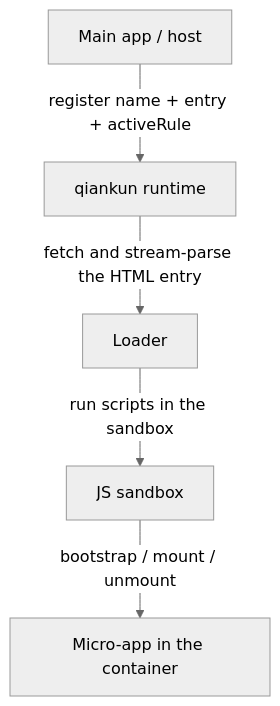
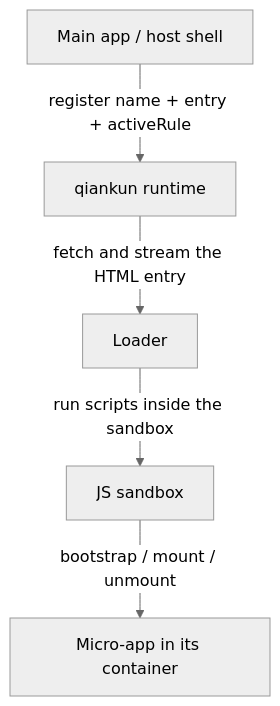
The diagram in docs/guide/what-is-qiankun.md (umijs/qiankun), drawn with Mermaid (neutral theme) before and after one commit. The commit also changed other lines of this file and 9 other files, not shown here.

````diff
--- a/docs/guide/what-is-qiankun.md
+++ b/docs/guide/what-is-qiankun.md
@@ -24,7 +44,7 @@
 ```mermaid
 flowchart TD
-  A["Main app / host"] -->|"register name + entry + activeRule"| Q["qiankun runtime"]
-  Q -->|"fetch and stream-parse the HTML entry"| L["Loader"]
-  L -->|"run scripts in the sandbox"| S["JS sandbox"]
-  S -->|"bootstrap / mount / unmount"| M["Micro-app in the container"]
+  A["Main app / host shell"] -->|"register name + entry + activeRule"| Q["qiankun runtime"]
+  Q -->|"fetch and stream the HTML entry"| L["Loader"]
+  L -->|"run scripts inside the sandbox"| S["JS sandbox"]
+  S -->|"bootstrap / mount / unmount"| M["Micro-app in its container"]
 ```
````
